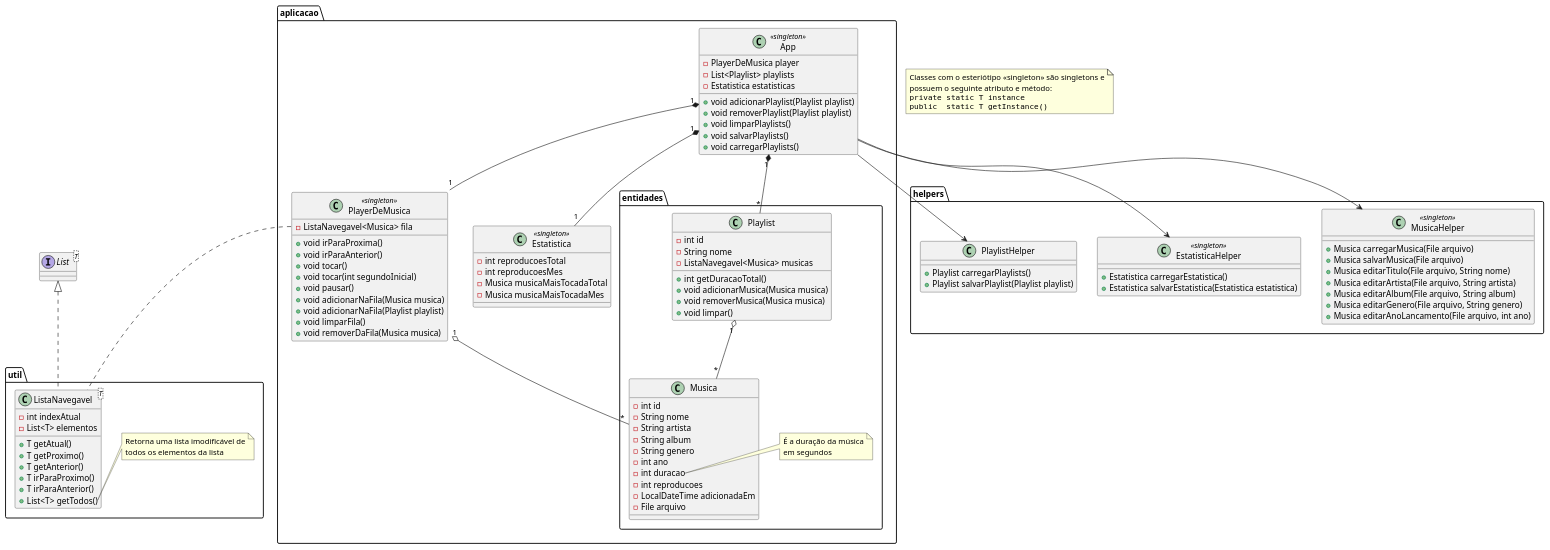
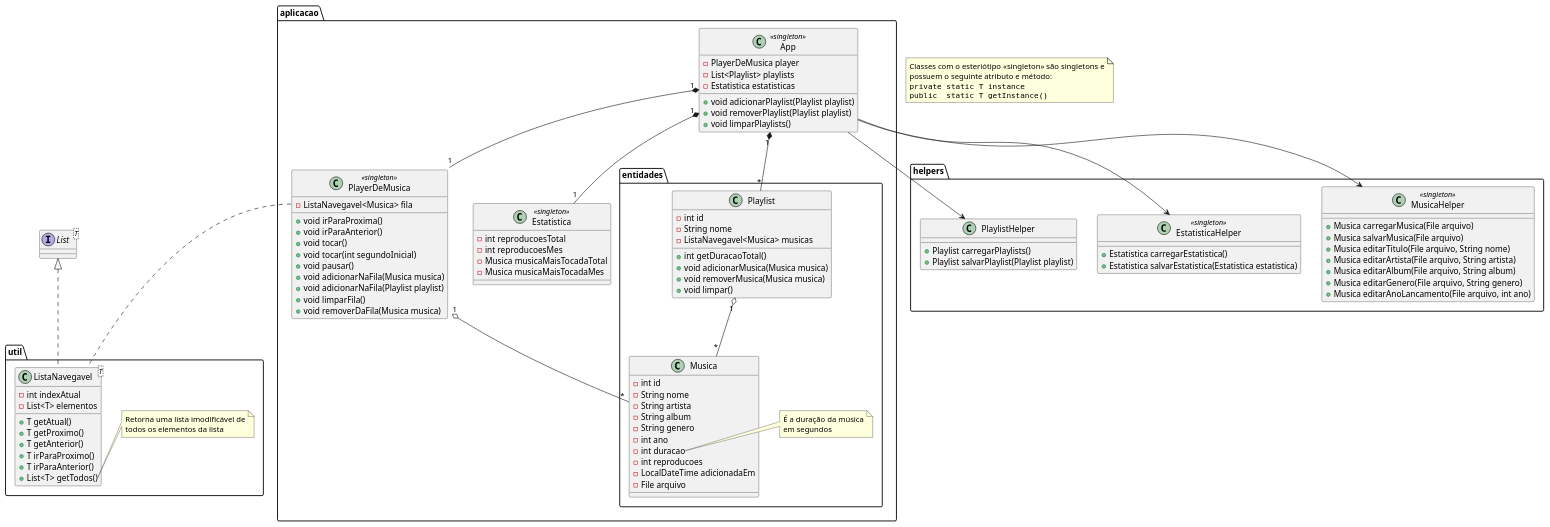
The diagram in docs/uml_classes.puml (carloscardoso05/Astroplayer), drawn with PlantUML before and after one commit. The commit also changed 9 other files, not shown here.

Commit message:
Adicionado classes já presentes no diagrama

```diff
--- a/docs/uml_classes.puml
+++ b/docs/uml_classes.puml
@@ -1,133 +1,131 @@
 @startuml
 
 interface List<T>
 
 package aplicacao {
 
     class App<<singleton>> {
         - PlayerDeMusica player
         - List<Playlist> playlists
         - Estatistica estatisticas
         + void adicionarPlaylist(Playlist playlist)
         + void removerPlaylist(Playlist playlist)
         + void limparPlaylists()
-        + void salvarPlaylists()
-        + void carregarPlaylists()
     }
 
     class PlayerDeMusica<<singleton>> {
         - ListaNavegavel<Musica> fila
         + void irParaProxima()
         + void irParaAnterior()
         + void tocar()
         + void tocar(int segundoInicial)
         + void pausar()
         + void adicionarNaFila(Musica musica)
         + void adicionarNaFila(Playlist playlist)
         + void limparFila()
         + void removerDaFila(Musica musica)
     }
 
     class Estatistica<<singleton>> {
         - int reproducoesTotal
         - int reproducoesMes
         - Musica musicaMaisTocadaTotal
         - Musica musicaMaisTocadaMes
     }
 
     package entidades {
 
         class Musica {
             - int id
             - String nome
             - String artista
             - String album
             - String genero
             - int ano
             - int duracao
             - int reproducoes
             - LocalDateTime adicionadaEm
             - File arquivo
         }
 
         note right of Musica::duracao
          É a duração da música
          em segundos
         end note
 
         class Playlist {
             - int id
             - String nome
             - ListaNavegavel<Musica> musicas
             + int getDuracaoTotal()
             + void adicionarMusica(Musica musica)
             + void removerMusica(Musica musica)
             + void limpar()
         }
     }
 
 }
 
 package helpers {
 
     class MusicaHelper<<singleton>> {
         + Musica carregarMusica(File arquivo)
         + Musica salvarMusica(File arquivo)
         + Musica editarTitulo(File arquivo, String nome)
         + Musica editarArtista(File arquivo, String artista)
         + Musica editarAlbum(File arquivo, String album)
         + Musica editarGenero(File arquivo, String genero)
         + Musica editarAnoLancamento(File arquivo, int ano)
     }
 
     class EstatisticaHelper<<singleton>> {
         + Estatistica carregarEstatistica()
         + Estatistica salvarEstatistica(Estatistica estatistica)
     }
 
     class PlaylistHelper {
         + Playlist carregarPlaylists()
         + Playlist salvarPlaylist(Playlist playlist)
     }
 
 }
 
 package util {
 
     class ListaNavegavel<T> implements .List<T> {
         - int indexAtual
         - List<T> elementos
         + T getAtual()
         + T getProximo()
         + T getAnterior()
         + T irParaProximo()
         + T irParaAnterior()
         + List<T> getTodos()
     }
 
     note right of ListaNavegavel::getTodos
      Retorna uma lista imodificável de
      todos os elementos da lista
     end note
 
 }
 
 App "1" *-- "1" PlayerDeMusica
 App "1" *-- "*" Playlist
 App "1" *-- "1" Estatistica
 App --> MusicaHelper
 App --> EstatisticaHelper
 App --> PlaylistHelper
 PlayerDeMusica "1" o-- "*" Musica
 PlayerDeMusica::fila .. ListaNavegavel
 Playlist "1" o-- "*" Musica
 
 note as NotaSingleton
     Classes com o esteriótipo <<singleton>> são singletons e
     possuem o seguinte atributo e método:
     <code>
     private static T instance
     public  static T getInstance()
     </code>
 end note
 @enduml
```
